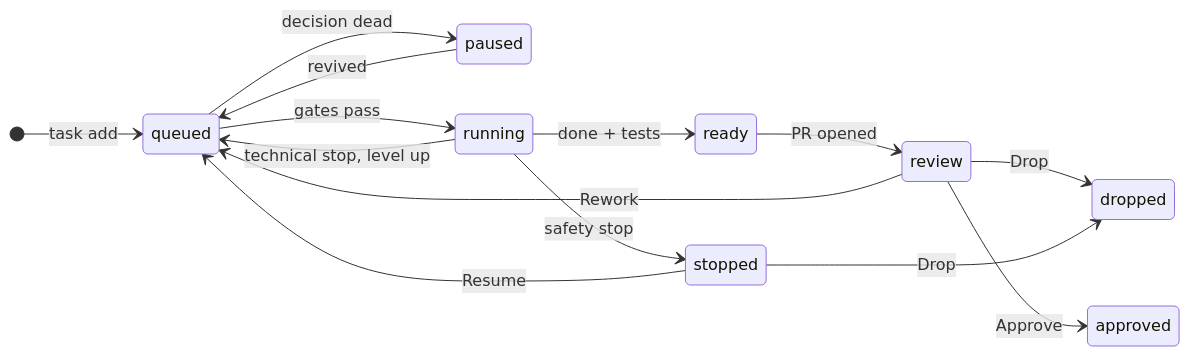
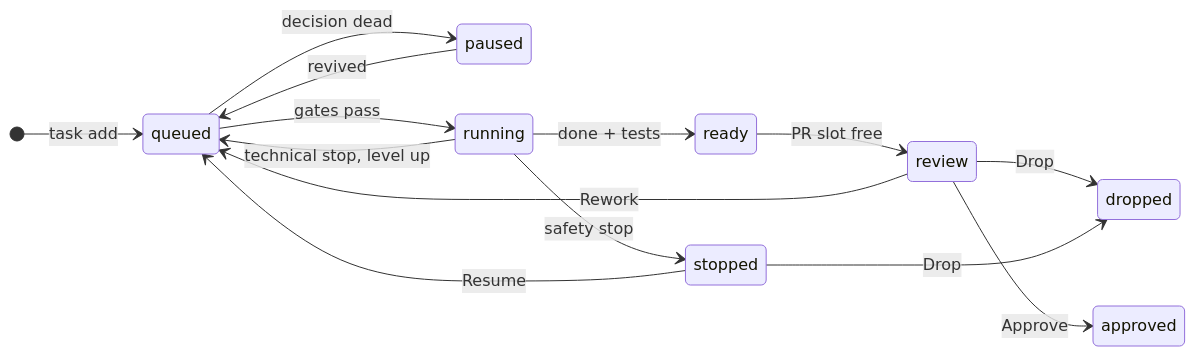
One commit to hoangphu7122002/focus-hour changed the fourth of 5 diagrams in docs/ARCHITECTURE.md. Above: the diagram before and after it, drawn with Mermaid. The commit also changed other lines of this file and 12 other files, not shown here.

First line of the commit message:
Review cap holds PRs, not workers: finished work waits as ready and opens a PR when a slot frees

````diff
--- a/docs/ARCHITECTURE.md
+++ b/docs/ARCHITECTURE.md
@@ -90,17 +90,17 @@
 ```mermaid
 stateDiagram-v2
     direction LR
     [*] --> queued: task add
     queued --> paused: decision dead
     paused --> queued: revived
     queued --> running: gates pass
     running --> queued: technical stop, level up
     running --> stopped: safety stop
     running --> ready: done + tests
-    ready --> review: PR opened
+    ready --> review: PR slot free
     review --> approved: Approve
     review --> queued: Rework
     review --> dropped: Drop
     stopped --> queued: Resume
     stopped --> dropped: Drop
 ```
````
